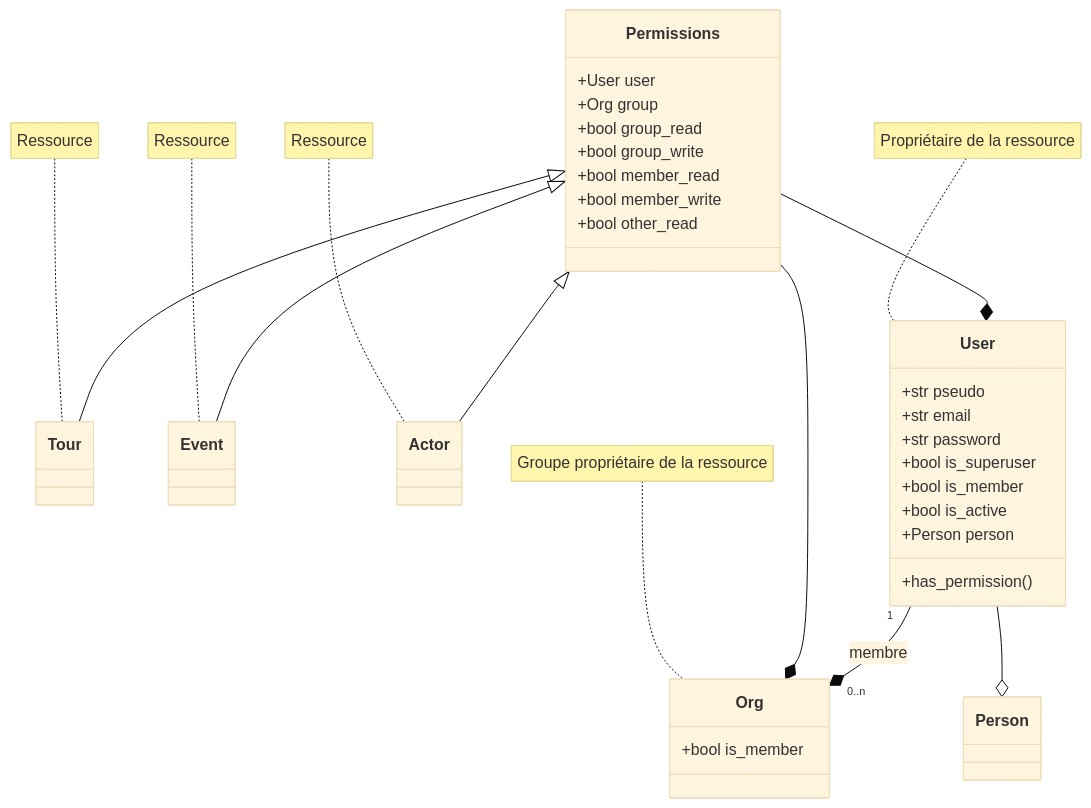
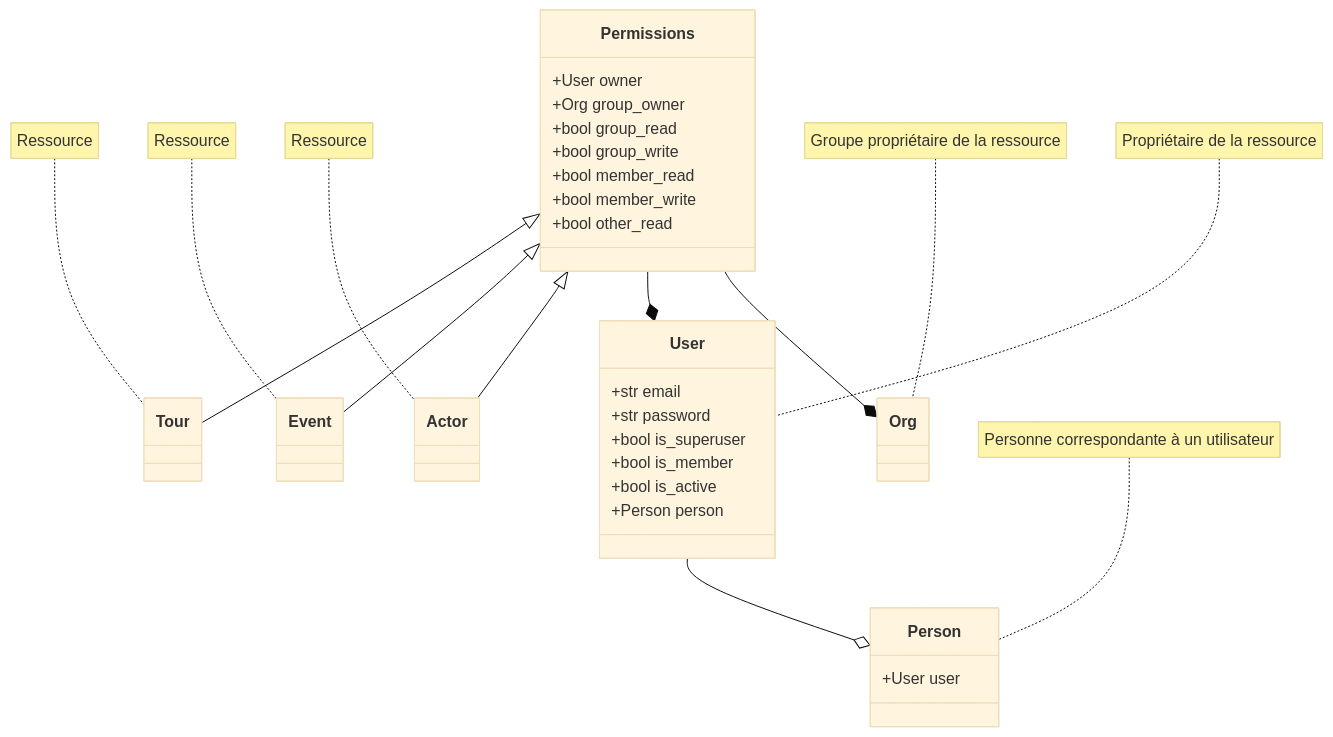
Before and after one commit to cmerot/surlaroute: the third of 3 diagrams in doc/modeles.md, drawn with Mermaid (base theme). The commit also changed other lines of this file, not shown here.

````diff
--- a/doc/modeles.md
+++ b/doc/modeles.md
@@ -209,37 +207,35 @@
 ```mermaid
 classDiagram
     note for User "Propriétaire de la ressource"
     note for Org "Groupe propriétaire de la ressource"
     note for Tour "Ressource"
     note for Event "Ressource"
     note for Actor "Ressource"
+    note for Person "Personne correspondante à un utilisateur"
     Permissions <|-- Tour
     Permissions <|-- Event
     Permissions <|-- Actor
     Permissions --* User
     Permissions --* Org
-    User "1" --* "0..n" Org:membre
     User --o Person
     class Permissions {
-        +User user
-        +Org group
+        +User owner
+        +Org group_owner
         +bool group_read
         +bool group_write
         +bool member_read
         +bool member_write
         +bool other_read
     }
     class User {
-        +str pseudo
         +str email
         +str password
         +bool is_superuser
         +bool is_member
         +bool is_active
         +Person person
-        +has_permission()
     }
-    class Org {
-        +bool is_member
+    class Person {
+        +User user
     }
 ```
````
